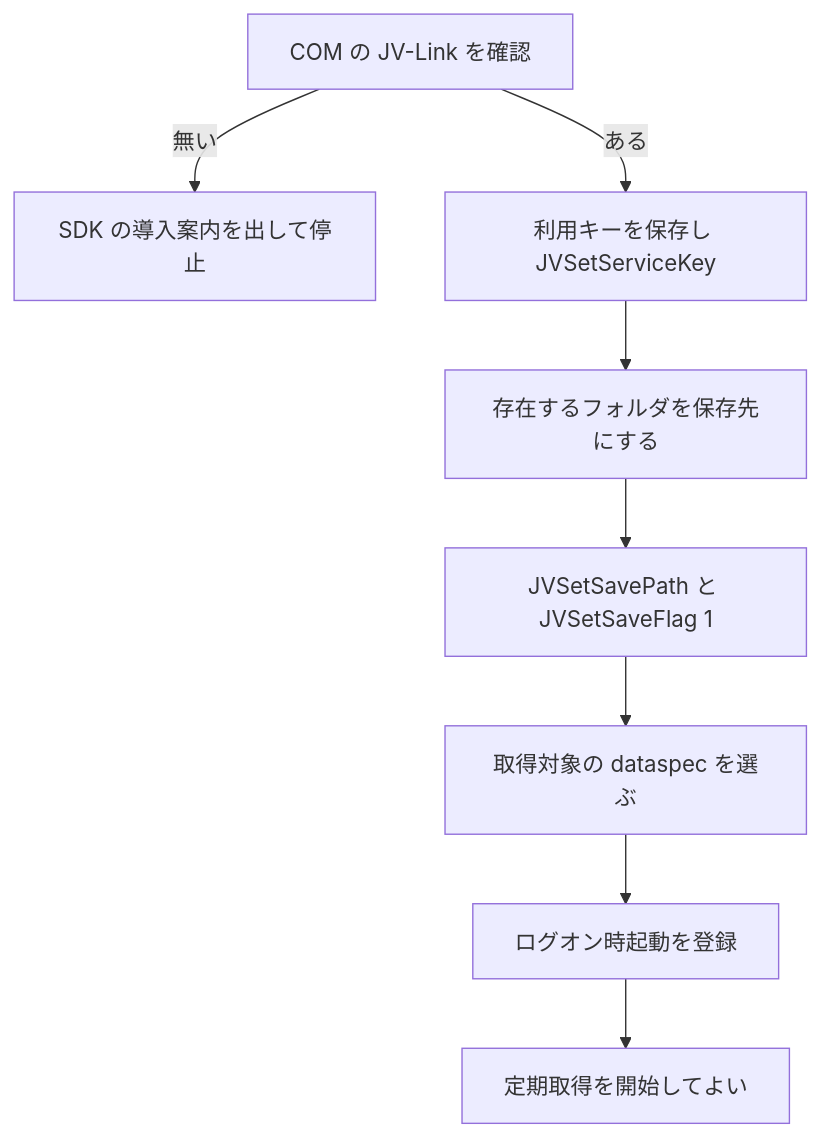
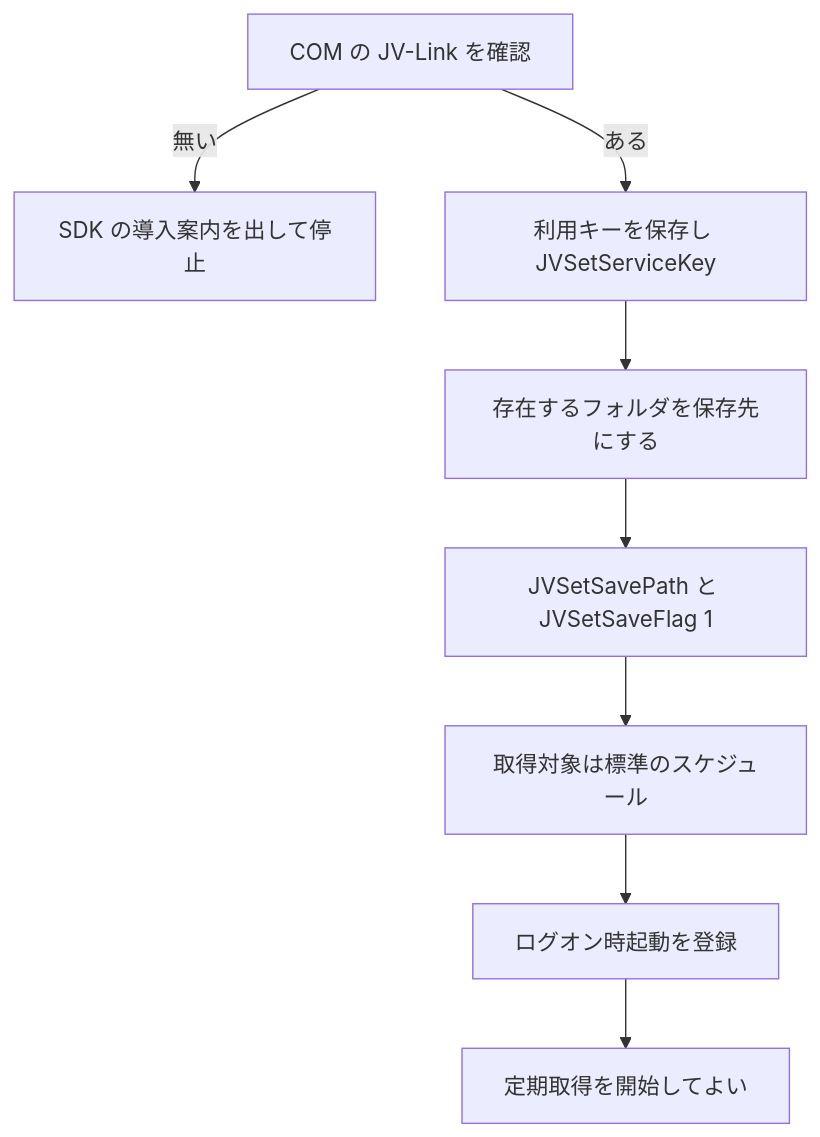
One commit to betashort/keiba-dwh changed the first of 3 diagrams in docs/jv-data-collector/design.md. Above: the diagram before and after it, drawn with Mermaid. The commit also changed other lines of this file and 21 other files, not shown here.

````diff
--- a/docs/jv-data-collector/design.md
+++ b/docs/jv-data-collector/design.md
@@ -53,10 +54,10 @@
 ```mermaid
 flowchart TD
   a["COM の JV-Link を確認"] -->|無い| stop["SDK の導入案内を出して停止"]
   a -->|ある| b["利用キーを保存し JVSetServiceKey"]
   b --> c["存在するフォルダを保存先にする"]
   c --> d["JVSetSavePath と JVSetSaveFlag 1"]
-  d --> e["取得対象の dataspec を選ぶ"]
+  d --> e["取得対象は標準のスケジュール"]
   e --> f["ログオン時起動を登録"]
   f --> g["定期取得を開始してよい"]
 ```
````
